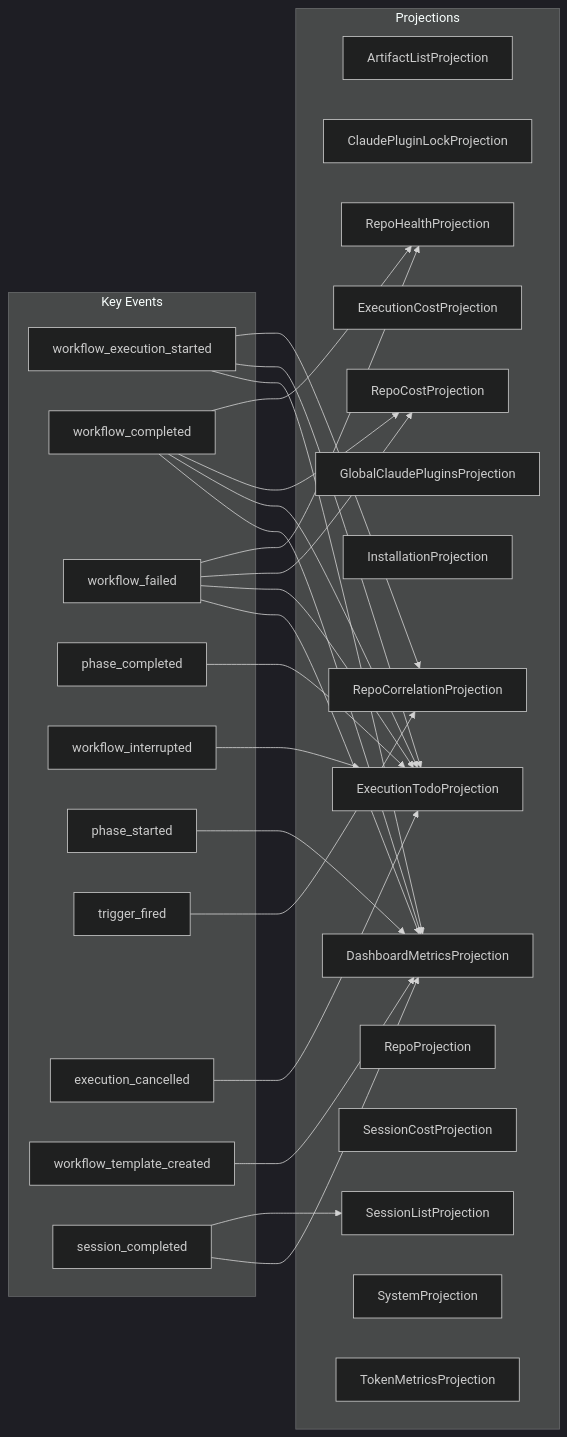
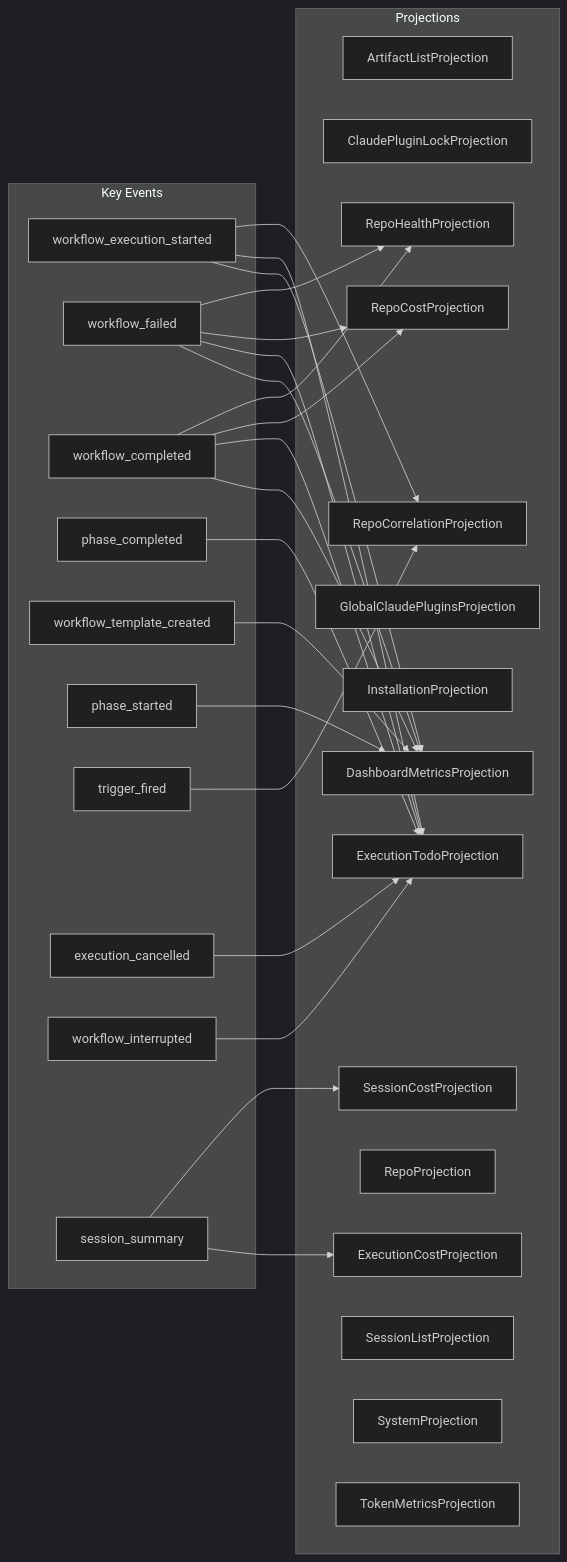
The diagram in docs/architecture/projection-subscriptions.md (syntropic137/syntropic137), drawn with Mermaid (dark theme) before and after one commit. The commit also changed other lines of this file and 13 other files, not shown here.

````diff
--- a/docs/architecture/projection-subscriptions.md
+++ b/docs/architecture/projection-subscriptions.md
@@ -15,53 +15,53 @@
 ```mermaid
 graph LR
     subgraph events["Key Events"]
         e1[workflow_execution_started]
-        e2[workflow_completed]
-        e3[workflow_failed]
+        e2[workflow_failed]
+        e3[workflow_completed]
         e4[phase_completed]
-        e5[workflow_interrupted]
+        e5[workflow_template_created]
         e6[phase_started]
         e7[trigger_fired]
         e8[execution_cancelled]
-        e9[workflow_template_created]
-        e10[session_completed]
+        e9[workflow_interrupted]
+        e10[session_summary]
     end
 
     subgraph projections["Projections"]
         p1[ArtifactListProjection]
         p2[ClaudePluginLockProjection]
         p3[DashboardMetricsProjection]
         p4[ExecutionCostProjection]
         p5[ExecutionTodoProjection]
         p6[GlobalClaudePluginsProjection]
         p7[InstallationProjection]
         p8[RepoCorrelationProjection]
         p9[RepoCostProjection]
         p10[RepoHealthProjection]
         p11[RepoProjection]
         p12[SessionCostProjection]
         p13[SessionListProjection]
         p14[SystemProjection]
         p15[TokenMetricsProjection]
     end
 
-    e5 --> p5
-    e10 --> p13
-    e10 --> p3
     e2 --> p10
     e2 --> p9
     e2 --> p5
     e2 --> p3
+    e4 --> p5
+    e10 --> p12
+    e10 --> p4
+    e1 --> p8
+    e1 --> p5
+    e1 --> p3
+    e5 --> p3
     e6 --> p3
+    e7 --> p8
+    e8 --> p5
+    e9 --> p5
     e3 --> p10
     e3 --> p9
     e3 --> p5
     e3 --> p3
-    e7 --> p8
-    e1 --> p8
-    e1 --> p5
-    e1 --> p3
-    e4 --> p5
-    e8 --> p5
-    e9 --> p3
 ```
````
